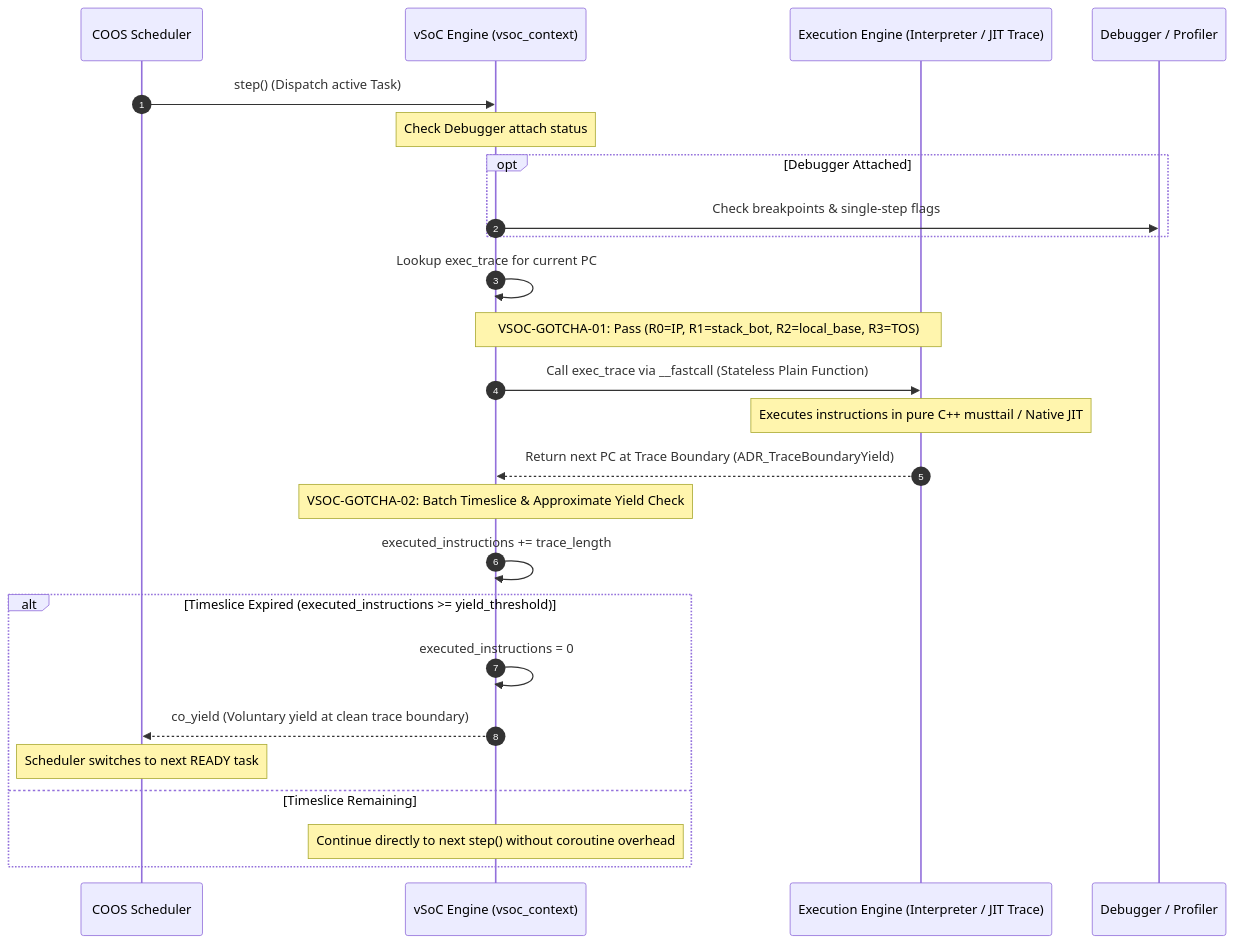
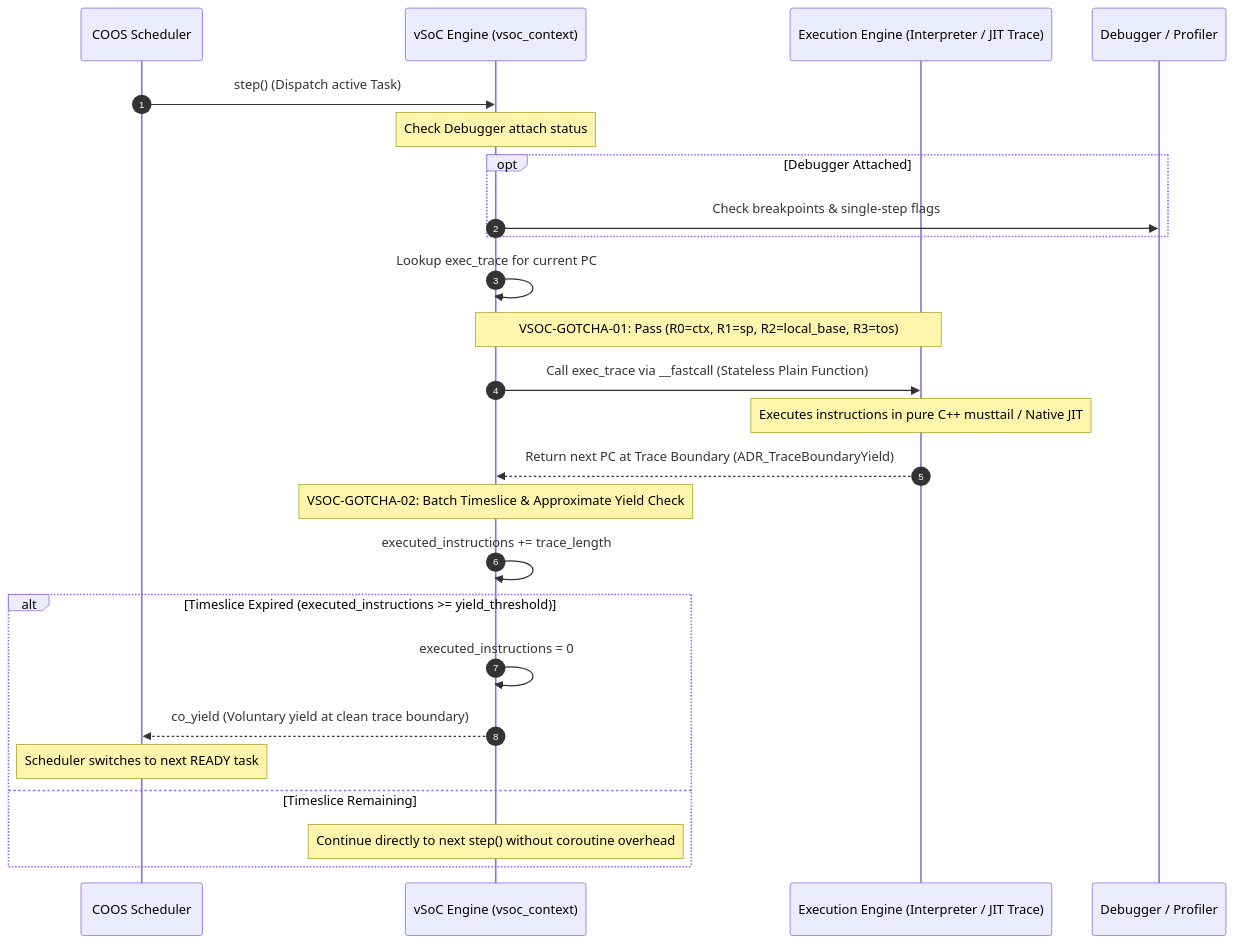
Before and after one commit to kmt-t/fireball: the second of 5 diagrams in docs/components/tier2_runtime/runtime_vsoc.md, drawn with Mermaid. The commit also changed other lines of this file and 10 other files, not shown here.

Commit message:
fix(arch): harmonize architecture_overview and lower specs with current master design

````diff
--- a/docs/components/tier2_runtime/runtime_vsoc.md
+++ b/docs/components/tier2_runtime/runtime_vsoc.md
@@ -139,31 +139,31 @@
 ```mermaid
 sequenceDiagram
     autonumber
     participant Sched as COOS Scheduler
     participant vSoC as vSoC Engine (vsoc_context)
     participant Exec as Execution Engine (Interpreter / JIT Trace)
     participant Debug as Debugger / Profiler
 
     Sched->>vSoC: step() (Dispatch active Task)
     Note over vSoC: Check Debugger attach status
     opt Debugger Attached
         vSoC->>Debug: Check breakpoints & single-step flags
     end
 
     vSoC->>vSoC: Lookup exec_trace for current PC
-    Note over vSoC,Exec: VSOC-GOTCHA-01: Pass (R0=IP, R1=stack_bot, R2=local_base, R3=TOS)
+    Note over vSoC,Exec: VSOC-GOTCHA-01: Pass (R0=ctx, R1=sp, R2=local_base, R3=tos)
     vSoC->>Exec: Call exec_trace via __fastcall (Stateless Plain Function)
 
     Note over Exec: Executes instructions in pure C++ musttail / Native JIT
     Exec-->>vSoC: Return next PC at Trace Boundary (ADR_TraceBoundaryYield)
 
     Note over vSoC: VSOC-GOTCHA-02: Batch Timeslice & Approximate Yield Check
     vSoC->>vSoC: executed_instructions += trace_length
     alt Timeslice Expired (executed_instructions >= yield_threshold)
         vSoC->>vSoC: executed_instructions = 0
         vSoC-->>Sched: co_yield (Voluntary yield at clean trace boundary)
         Note over Sched: Scheduler switches to next READY task
     else Timeslice Remaining
         Note over vSoC: Continue directly to next step() without coroutine overhead
     end
 ```
````
